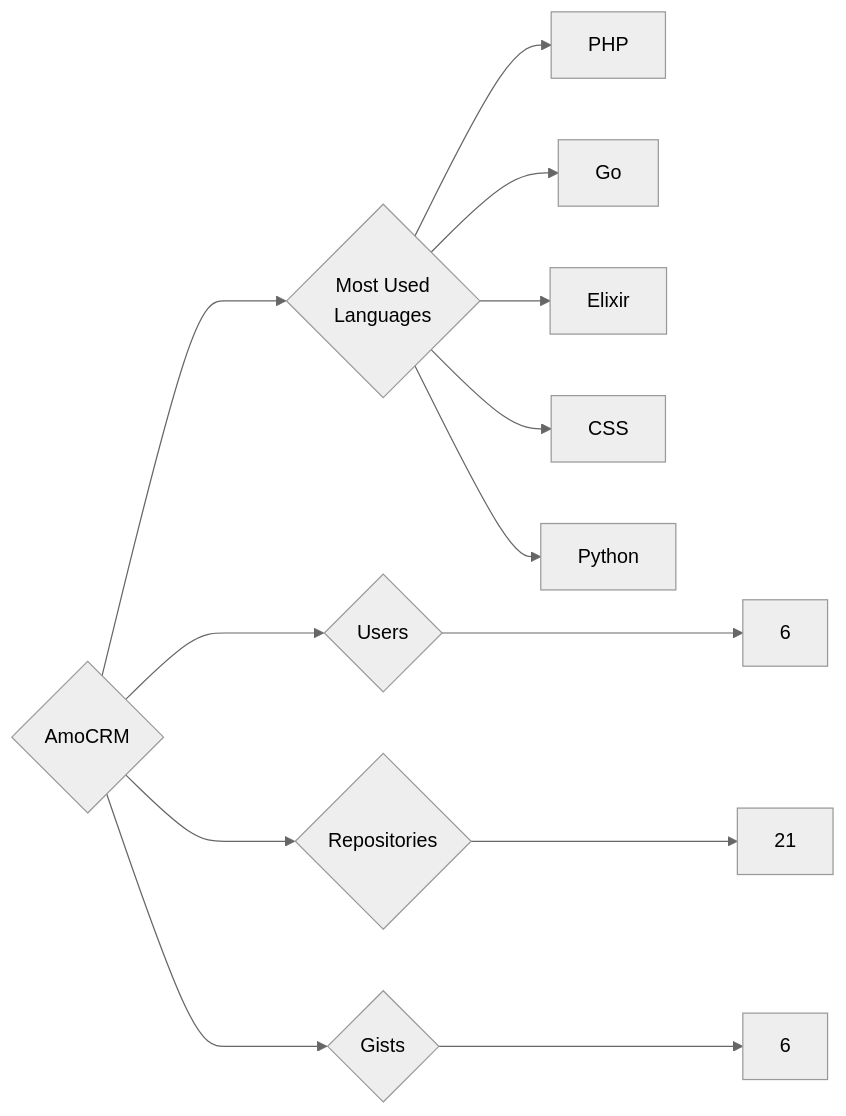
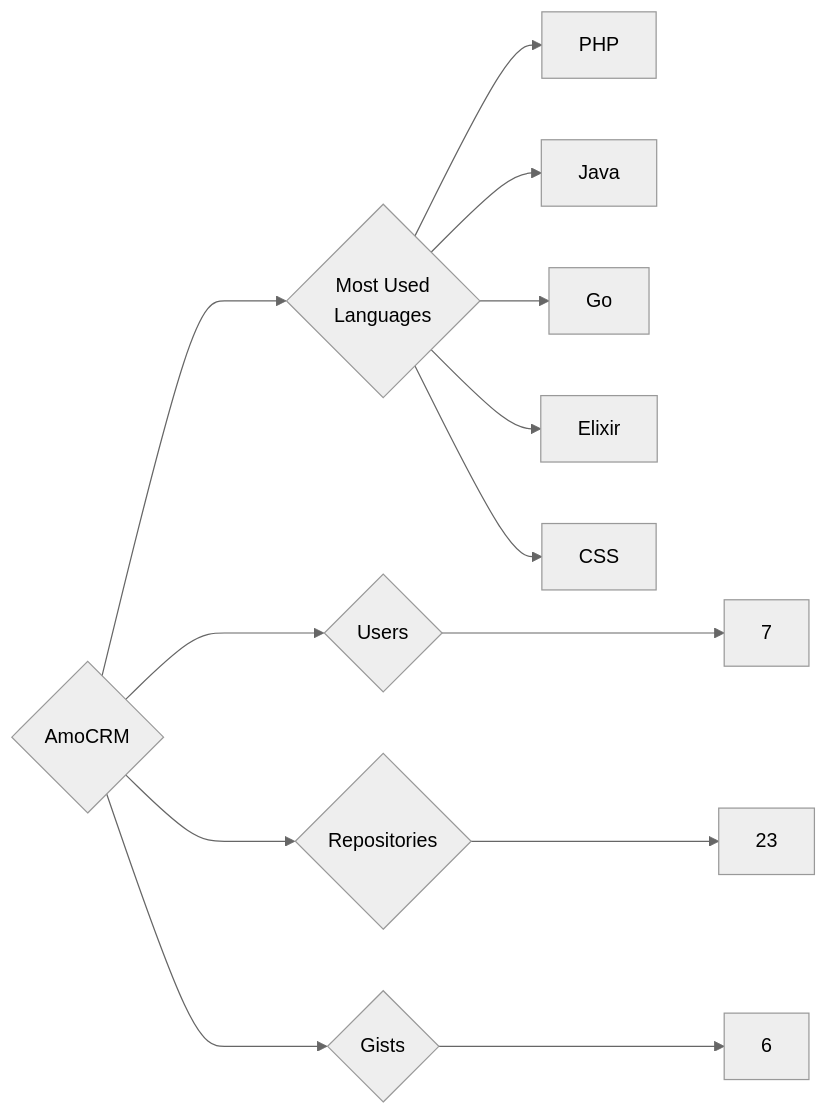
Before and after one commit to trickest/insiders: the diagram in targets/AmoCRM/README.md, drawn with Mermaid (neutral theme). The commit also changed 985 other files, not shown here.

````diff
--- a/targets/AmoCRM/README.md
+++ b/targets/AmoCRM/README.md
@@ -3,13 +3,13 @@
 ```mermaid
 graph LR
 COMPANY_NAME{AmoCRM}
-COMPANY_NAME ---> U{Users} ---> UN[6]
-COMPANY_NAME ---> R{Repositories} ---> RN[21]
+COMPANY_NAME ---> U{Users} ---> UN[7]
+COMPANY_NAME ---> R{Repositories} ---> RN[23]
 COMPANY_NAME ---> G{Gists} ---> GN[6]
 COMPANY_NAME ---> ML{Most Used<br>Languages}
 ML --> PHP[PHP]
+ML --> Java[Java]
 ML --> Go[Go]
 ML --> Elixir[Elixir]
 ML --> CSS[CSS]
-ML --> Python[Python]
 ```
````
